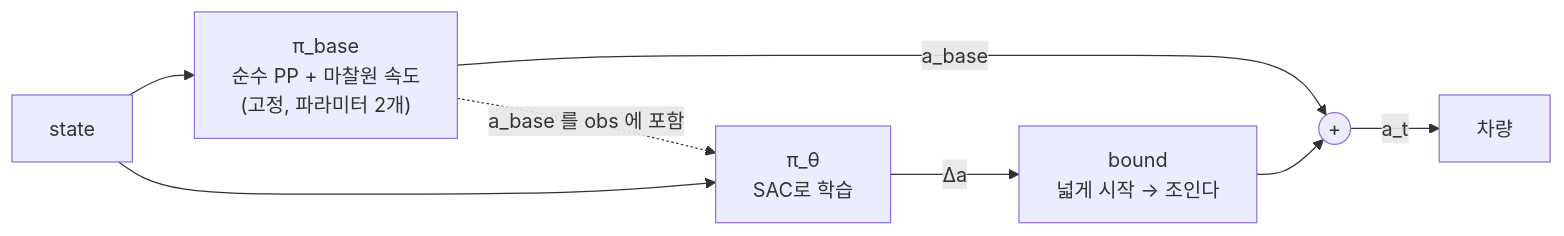
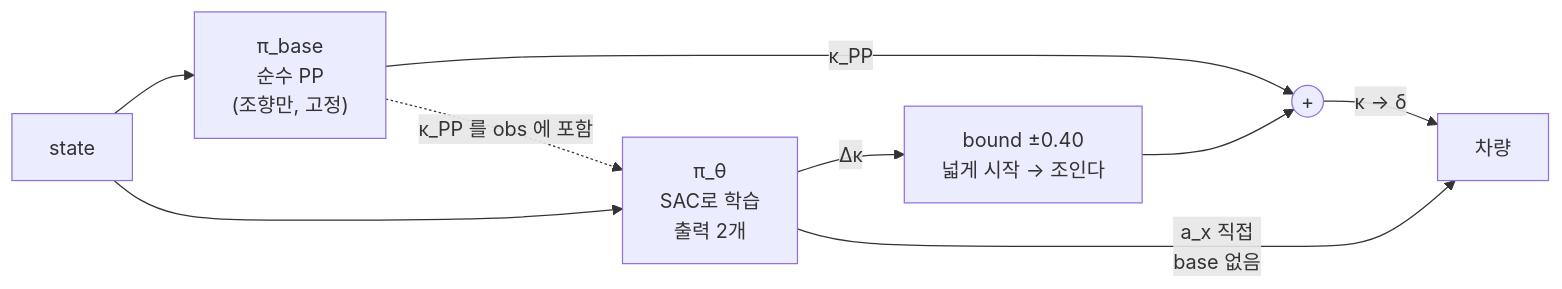
The diagram in Concepts/Residual Policy Learning.md (nhg0209/CLAUDE), drawn with Mermaid before and after one commit. The commit also changed other lines of this file and 3 other files, not shown here.

First line of the commit message:
하이브리드 action 확정 — 조향만 residual, 가속은 base 없이 직접

````diff
--- a/Concepts/Residual Policy Learning.md
+++ b/Concepts/Residual Policy Learning.md
@@ -29,10 +34,11 @@
 ```mermaid
 flowchart LR
-    S[state] --> B["π_base<br/>순수 PP + 마찰원 속도<br/>(고정, 파라미터 2개)"]
-    S --> P["π_θ<br/>SAC로 학습"]
-    B -->|a_base| SUM(("+"))
-    P -->|Δa| CLIP["bound<br/>넓게 시작 → 조인다"]
+    S[state] --> B["π_base<br/>순수 PP<br/>(조향만, 고정)"]
+    S --> P["π_θ<br/>SAC로 학습<br/>출력 2개"]
+    B -->|κ_PP| SUM(("+"))
+    P -->|Δκ| CLIP["bound ±0.40<br/>넓게 시작 → 조인다"]
     CLIP --> SUM
-    SUM -->|a_t| V[차량]
-    B -.->|a_base 를 obs 에 포함| P
+    SUM -->|κ → δ| V[차량]
+    P -->|a_x 직접<br/>base 없음| V
+    B -.->|κ_PP 를 obs 에 포함| P
 ```
````
